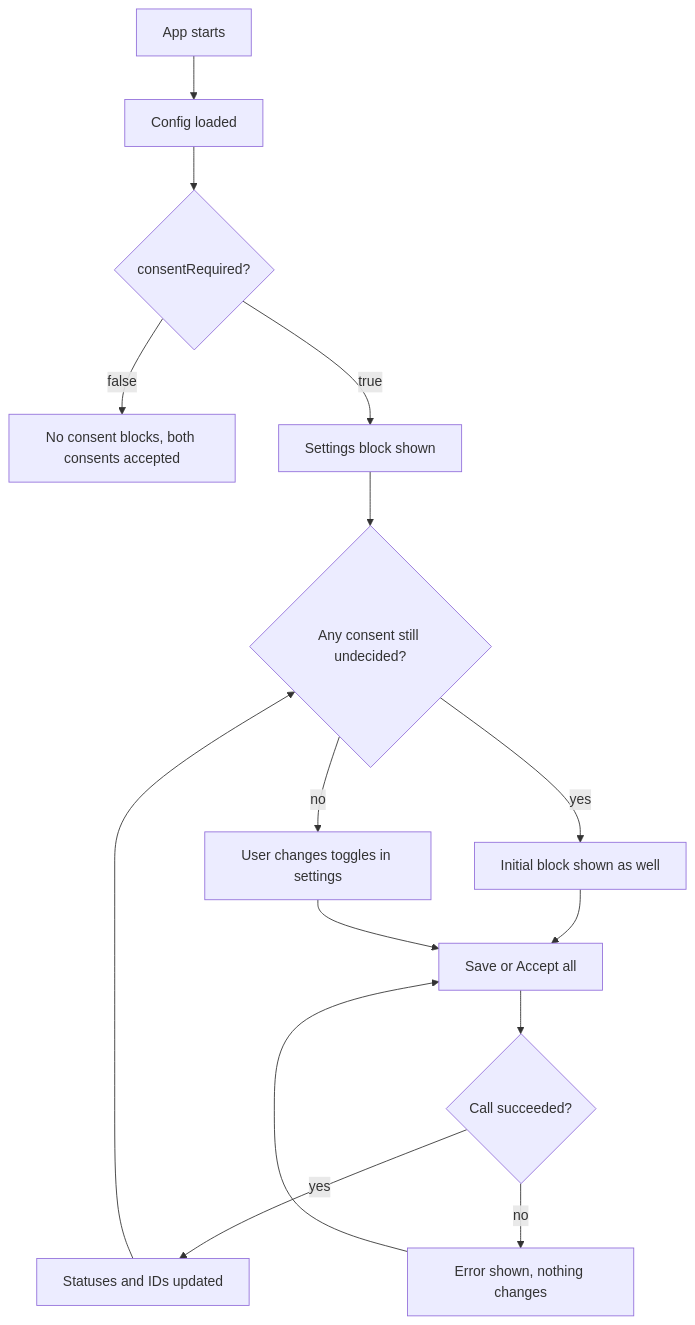
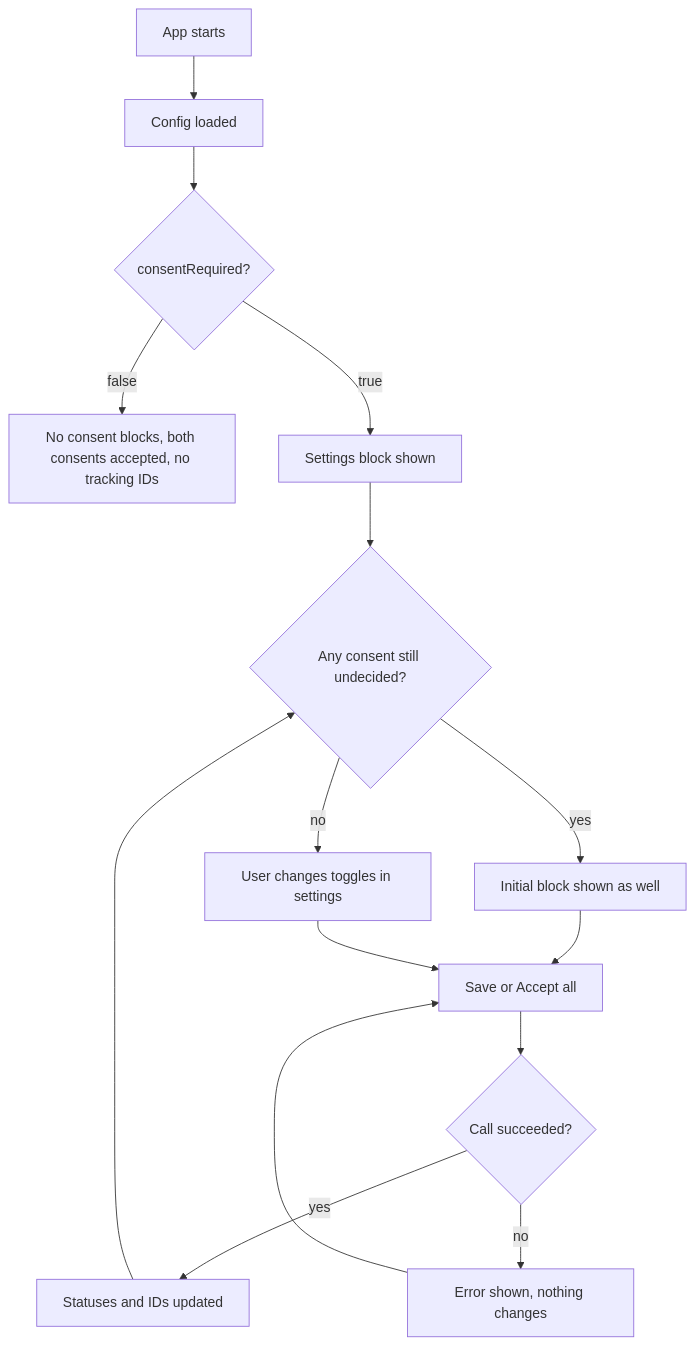
The diagram in playground/app/docs/features/identity-tracking-consent/en/prd.md (fedorovsky/docs), drawn with Mermaid before and after one commit. The commit also changed other lines of this file and 10 other files, not shown here.

First line of the commit message:
Issue no tracking IDs when consentRequired is false

````diff
--- a/playground/app/docs/features/identity-tracking-consent/en/prd.md
+++ b/playground/app/docs/features/identity-tracking-consent/en/prd.md
@@ -50,17 +50,17 @@
 ```mermaid
 flowchart TD
   Start[App starts] --> Config[Config loaded]
   Config --> Required{consentRequired?}
-  Required -- false --> Hidden[No consent blocks, both consents accepted]
+  Required -- false --> Hidden[No consent blocks, both consents accepted, no tracking IDs]
   Required -- true --> Settings[Settings block shown]
   Settings --> Undecided{Any consent still undecided?}
   Undecided -- yes --> Initial[Initial block shown as well]
   Undecided -- no --> Wait[User changes toggles in settings]
   Initial --> Save[Save or Accept all]
   Wait --> Save
   Save --> Result{Call succeeded?}
   Result -- yes --> Updated[Statuses and IDs updated]
   Result -- no --> Error[Error shown, nothing changes]
   Updated --> Undecided
   Error --> Save
 ```
````
